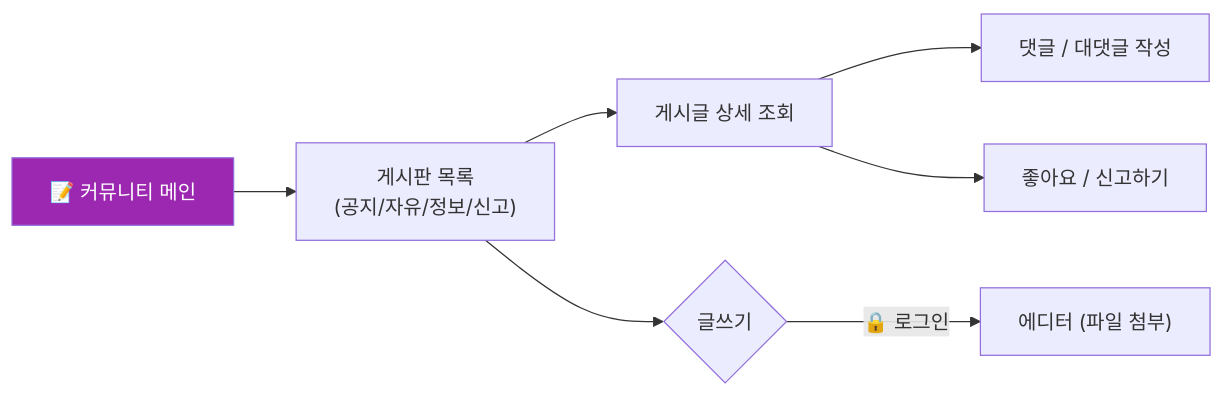
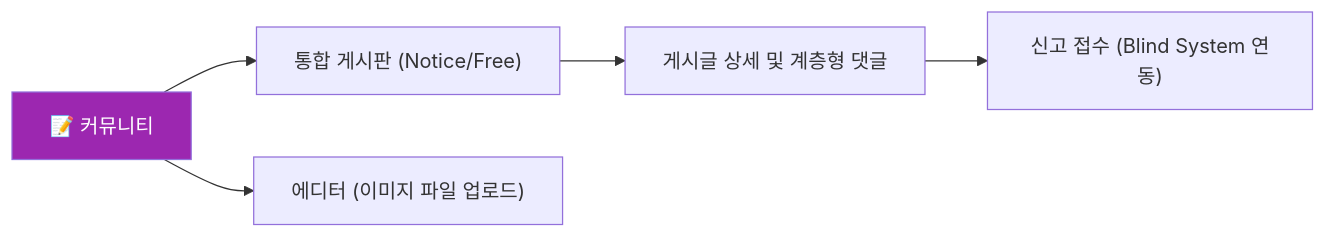
Before and after one commit to KJH-Portfolio/202602-Environmenta-Organization: the fourth of 5 diagrams in ia.md, drawn with Mermaid. The commit also changed other lines of this file and 9 other files, not shown here.

````diff
--- a/ia.md
+++ b/ia.md
@@ -79,12 +80,10 @@
 ```mermaid
 graph LR
-    SUB_B["📝 커뮤니티 메인"] --> B1["게시판 목록\n(공지/자유/정보/신고)"]
-    B1 --> B2["게시글 상세 조회"]
-    B2 --> B3["댓글 / 대댓글 작성"]
-    B2 --> B4["좋아요 / 신고하기"]
+    SUB_B["📝 커뮤니티"] --> B1["통합 게시판 (Notice/Free)"]
+    B1 --> B2["게시글 상세 및 계층형 댓글"]
+    B2 --> B3["신고 접수 (Blind System 연동)"]
     
-    B1 --> B5{글쓰기}
-    B5 -->|"🔒 로그인"| B6["에디터 (파일 첨부)"]
+    SUB_B --> B4["에디터 (이미지 파일 업로드)"]
 
     style SUB_B fill:#9C27B0,color:#fff
 ```
````
